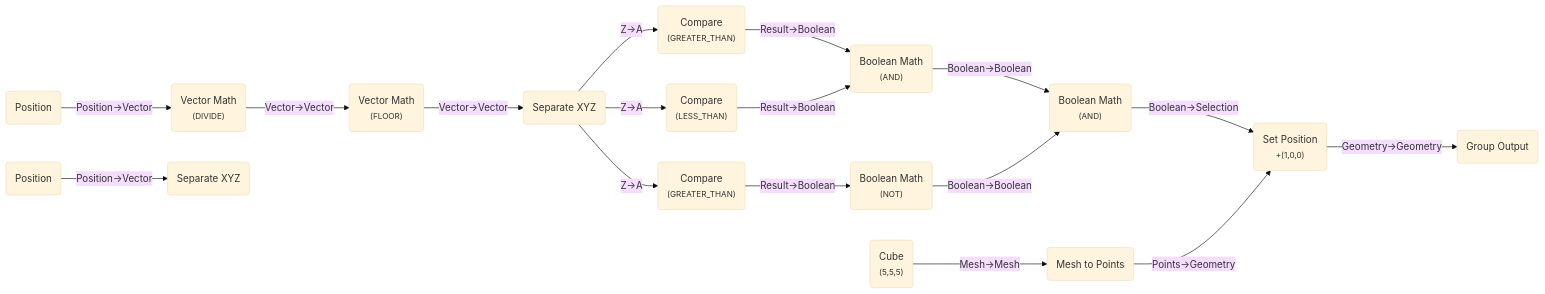
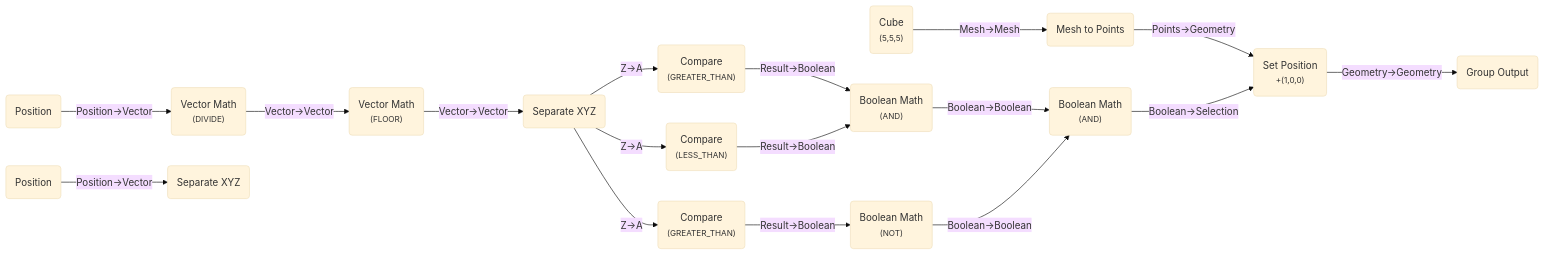
The tenth of 11 diagrams in operators.llms.md (BradyAJohnston/nodebpy), drawn with Mermaid (base theme) before and after one commit. The commit also changed other lines of this file and 104 other files, not shown here.

````diff
--- a/operators.llms.md
+++ b/operators.llms.md
@@ -374,35 +374,35 @@
 ``` mermaid
 graph LR
     N0("Position"):::input-node
     N1("Vector Math<br/><small>(DIVIDE)</small>"):::vector-node
     N2("Vector Math<br/><small>(FLOOR)</small>"):::vector-node
     N3("Separate XYZ"):::converter-node
     N4("Compare<br/><small>(GREATER_THAN)</small>"):::converter-node
     N5("Compare<br/><small>(LESS_THAN)</small>"):::converter-node
     N6("Compare<br/><small>(GREATER_THAN)</small>"):::converter-node
     N7("Cube<br/><small>(5,5,5)</small>"):::geometry-node
     N8("Boolean Math<br/><small>(AND)</small>"):::converter-node
     N9("Boolean Math<br/><small>(NOT)</small>"):::converter-node
     N10("Mesh to Points"):::geometry-node
     N11("Boolean Math<br/><small>(AND)</small>"):::converter-node
     N12("Position"):::input-node
     N13("Set Position<br/><small>+(1,0,0)</small>"):::geometry-node
     N14("Separate XYZ"):::converter-node
     N15("Group Output"):::default-node
     N12 -->|"Position->Vector"| N14
     N0 -->|"Position->Vector"| N1
     N1 -->|"Vector->Vector"| N2
     N2 -->|"Vector->Vector"| N3
     N3 -->|"Z->A"| N4
     N3 -->|"Z->A"| N5
     N4 -->|"Result->Boolean"| N8
     N5 -->|"Result->Boolean"| N8
     N3 -->|"Z->A"| N6
     N6 -->|"Result->Boolean"| N9
     N8 -->|"Boolean->Boolean"| N11
     N9 -->|"Boolean->Boolean"| N11
     N7 -->|"Mesh->Mesh"| N10
+    N10 -->|"Points->Geometry"| N13
     N11 -->|"Boolean->Selection"| N13
-    N10 -->|"Points->Geometry"| N13
     N13 -->|"Geometry->Geometry"| N15
 ```
````
